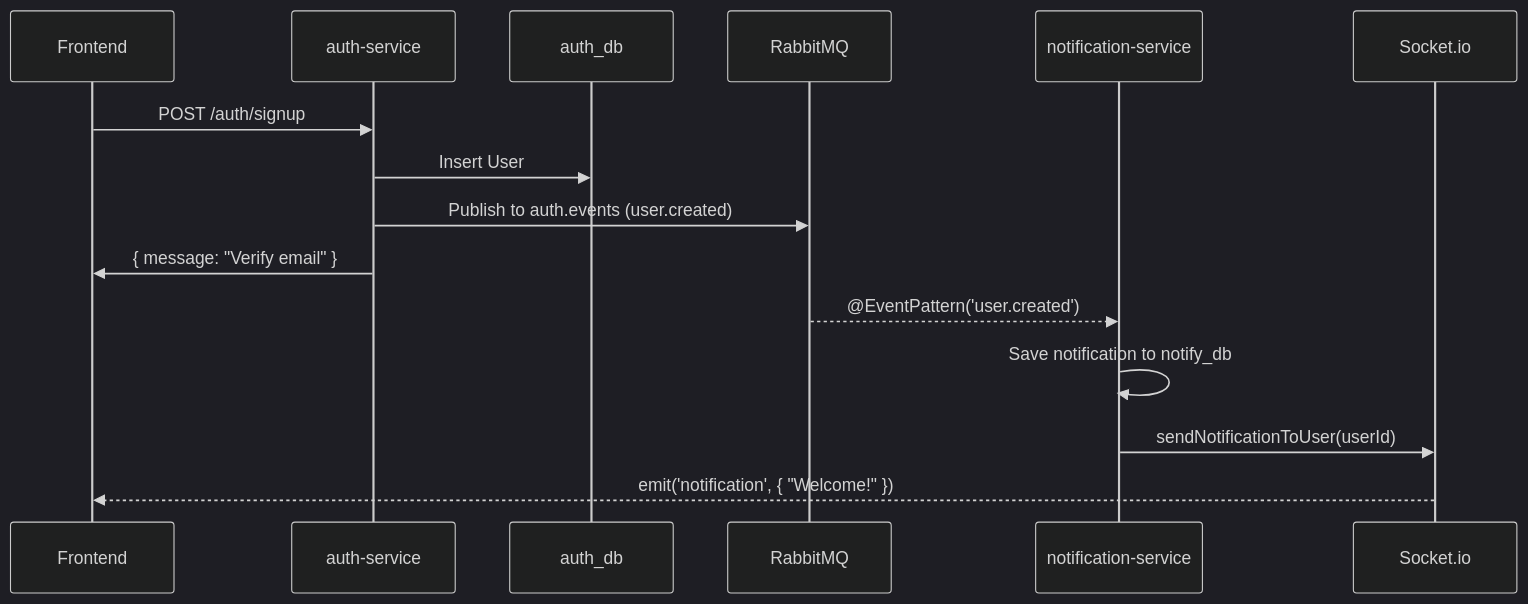
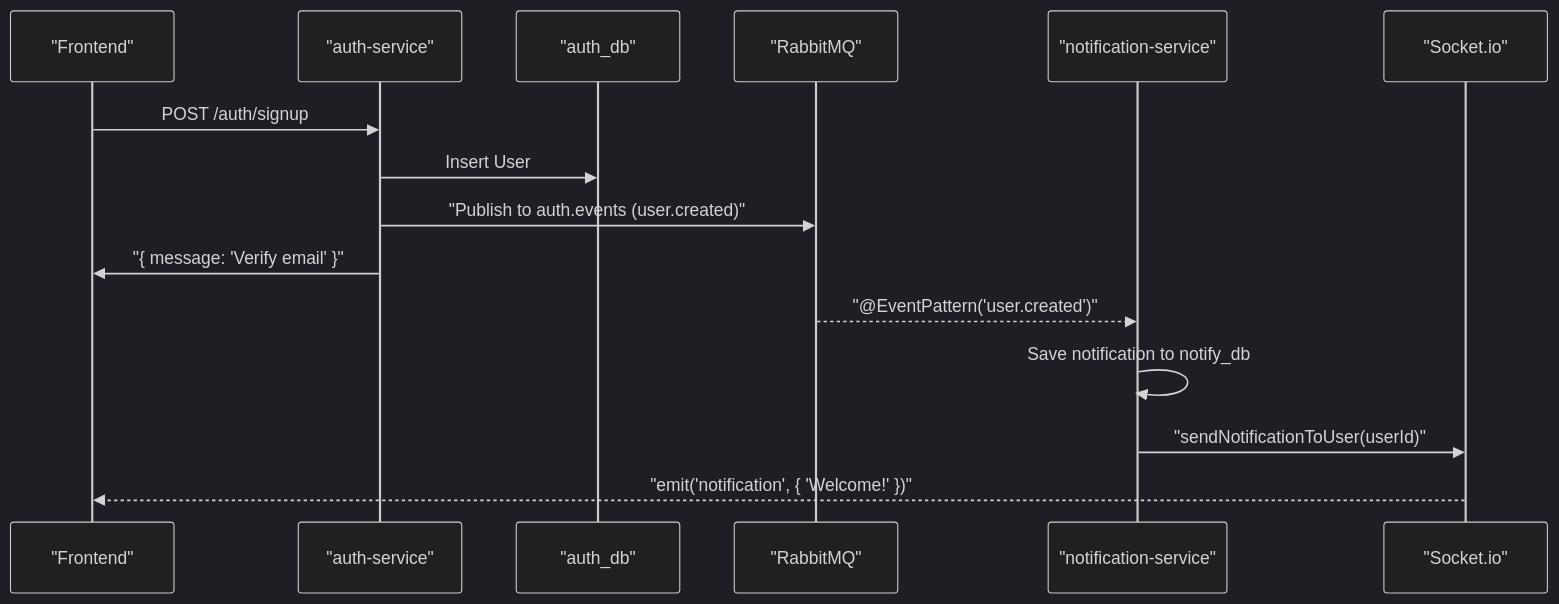
Before and after one commit to Food-Delivery-Aggregator/.github: diagram 20 of 21 in profile/README.md, drawn with Mermaid (dark theme). The commit also changed other lines of this file, not shown here.

Commit message:
Refactor mermaid diagrams for clarity and consistency

````diff
--- a/profile/README.md
+++ b/profile/README.md
@@ -1526,19 +1523,19 @@
 ```mermaid
 sequenceDiagram
-    participant FE as Frontend
-    participant AUTH as auth-service
-    participant DB as auth_db
-    participant RMQ as RabbitMQ
-    participant NOTIF as notification-service
-    participant WS as Socket.io
+    participant FE as "Frontend"
+    participant AUTH as "auth-service"
+    participant DB as "auth_db"
+    participant RMQ as "RabbitMQ"
+    participant NOTIF as "notification-service"
+    participant WS as "Socket.io"
 
     FE->>AUTH: POST /auth/signup
     AUTH->>DB: Insert User
-    AUTH->>RMQ: Publish to auth.events (user.created)
-    AUTH->>FE: { message: "Verify email" }
+    AUTH->>RMQ: "Publish to auth.events (user.created)"
+    AUTH->>FE: "{ message: 'Verify email' }"
 
-    RMQ-->>NOTIF: @EventPattern('user.created')
+    RMQ-->>NOTIF: "@EventPattern('user.created')"
     NOTIF->>NOTIF: Save notification to notify_db
-    NOTIF->>WS: sendNotificationToUser(userId)
-    WS-->>FE: emit('notification', { "Welcome!" })
+    NOTIF->>WS: "sendNotificationToUser(userId)"
+    WS-->>FE: "emit('notification', { 'Welcome!' })"
 ```
````
